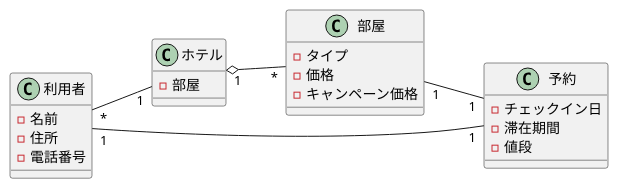
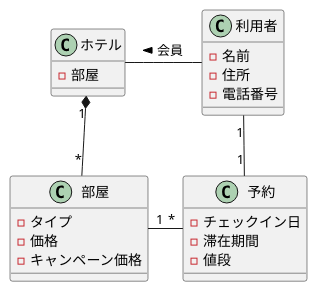
One commit to tyson0723/uml-introduction changed the diagram in 演習3-3_CL_ホテルと利用者と部屋と予約.pu. Above: the diagram before and after it, drawn with PlantUML. The commit also changed 31 other files, not shown here.

```diff
--- a/演習3-3_CL_ホテルと利用者と部屋と予約.pu
+++ b/演習3-3_CL_ホテルと利用者と部屋と予約.pu
@@ -1,25 +1,24 @@
 @startuml
-left to right direction
-class 利用者{
-    -名前
-    -住所
-    -電話番号
+class 利用者 {
+    - 名前
+    - 住所
+    - 電話番号
 }
-class ホテル{
-    -部屋
+class ホテル {
+    - 部屋
 }
-class 部屋{
-    -タイプ
-    -価格
-    -キャンペーン価格
+class 部屋 {
+    - タイプ
+    - 価格
+    - キャンペーン価格
 }
-class 予約{
-    -チェックイン日
-    -滞在期間
-    -値段
+class 予約 {
+    - チェックイン日
+    - 滞在期間
+    - 値段
 }
-利用者 "*" -- "1" ホテル
-部屋 "1"  -down- "1" 予約
-ホテル "1" o-- "*" 部屋
-利用者 "1" -- "1" 予約
+ホテル "1" *-down- "*" 部屋
+ホテル -right- 利用者: < 会員
+利用者 "1" -down- "1" 予約
+部屋 "1" -right- "*" 予約
 @enduml
```
